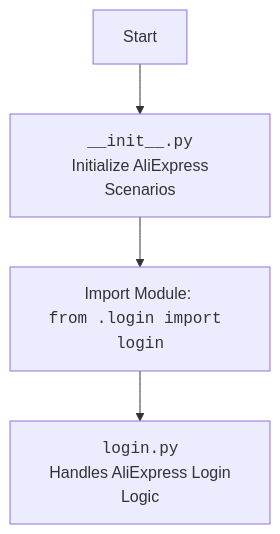
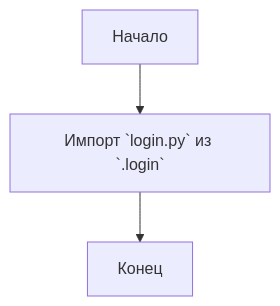
The diagram in docs/gemini/ru/explainer/src/suppliers/aliexpress/scenarios/__init__.py.md (hypo69/hypo), drawn with Mermaid before and after one commit. The commit also changed other lines of this file and 1505 other files, not shown here.

````diff
--- a/docs/gemini/ru/explainer/src/suppliers/aliexpress/scenarios/__init__.py.md
+++ b/docs/gemini/ru/explainer/src/suppliers/aliexpress/scenarios/__init__.py.md
@@ -11,6 +10,5 @@
 ```mermaid
 flowchart TD
-    Start --> Init[<code>__init__.py</code><br> Initialize AliExpress Scenarios]
-    Init --> ImportLogin[Import Module: <br><code>from .login import login</code>]
-    ImportLogin --> LoginModule[<code>login.py</code><br> Handles AliExpress Login Logic]
+    Start[Начало] --> ImportLogin[Импорт `login.py` из `.login`];
+    ImportLogin --> End[Конец];
 ```
````
